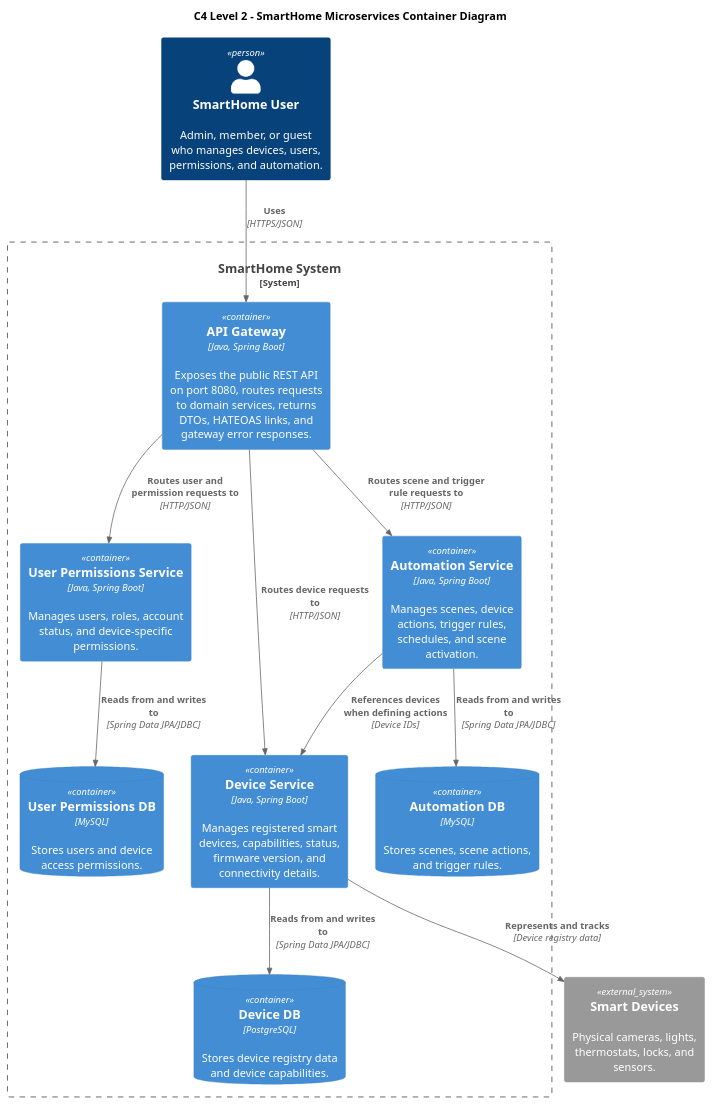
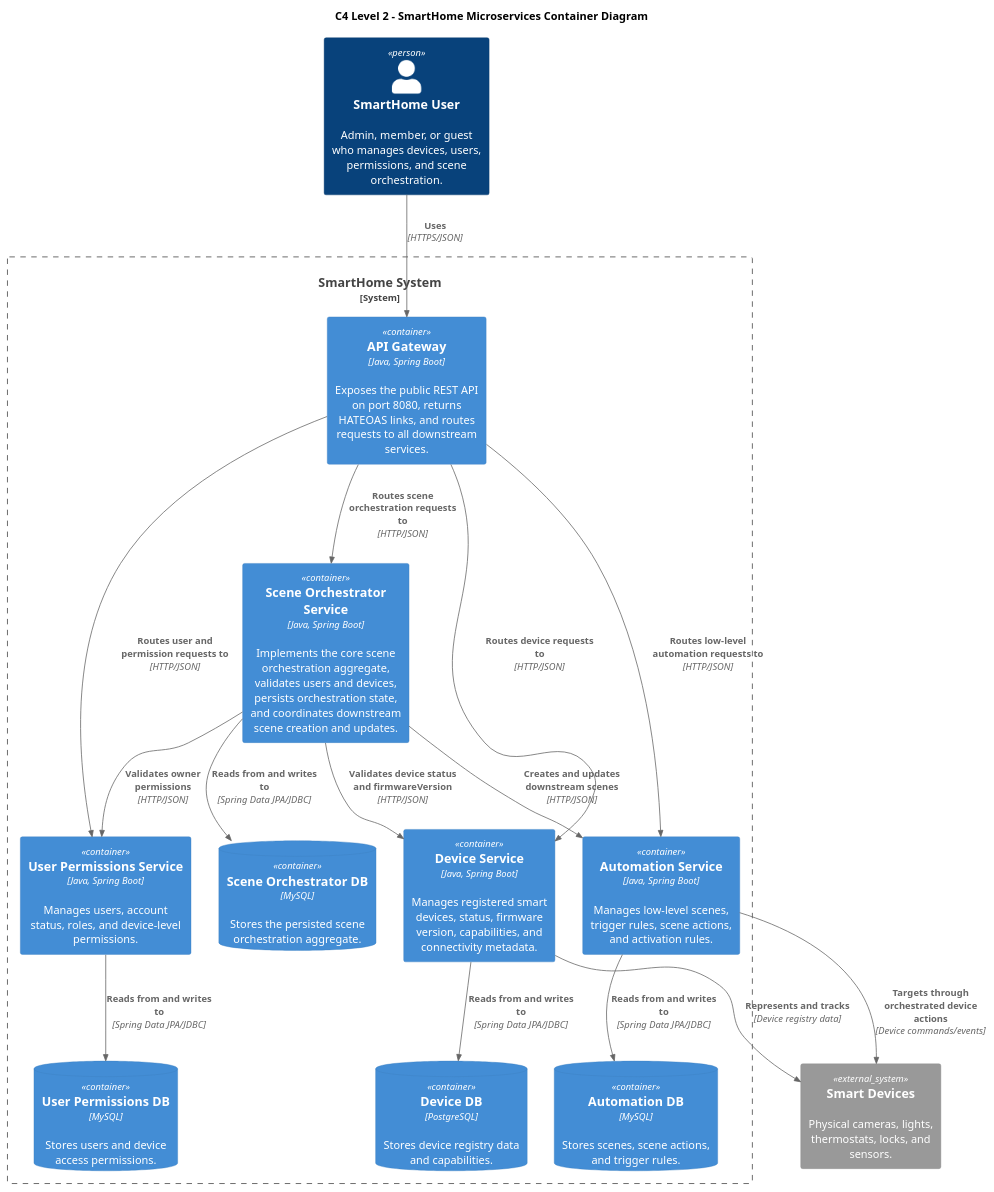
The diagram in diagrams/C4_Level2_container.puml (Saurya88/SmartHome-MS), drawn with PlantUML before and after one commit. The commit also changed 69 other files, not shown here.

Commit message:
Add scene-orchestrator API, DTOs, tests and jacoco

```diff
--- a/diagrams/C4_Level2_container.puml
+++ b/diagrams/C4_Level2_container.puml
@@ -1,37 +1,45 @@
 @startuml
 !include https://raw.githubusercontent.com/plantuml-stdlib/C4-PlantUML/master/C4_Container.puml
 
 LAYOUT_TOP_DOWN()
 
 title C4 Level 2 - SmartHome Microservices Container Diagram
 
-Person(homeowner, "SmartHome User", "Admin, member, or guest who manages devices, users, permissions, and automation.")
+Person(homeowner, "SmartHome User", "Admin, member, or guest who manages devices, users, permissions, and scene orchestration.")
 
 System_Boundary(smarthome, "SmartHome System") {
-    Container(api_gateway, "API Gateway", "Java, Spring Boot", "Exposes the public REST API on port 8080, routes requests to domain services, returns DTOs, HATEOAS links, and gateway error responses.")
+    Container(api_gateway, "API Gateway", "Java, Spring Boot", "Exposes the public REST API on port 8080, returns HATEOAS links, and routes requests to all downstream services.")
 
-    Container(user_permissions_service, "User Permissions Service", "Java, Spring Boot", "Manages users, roles, account status, and device-specific permissions.")
-    Container(device_service, "Device Service", "Java, Spring Boot", "Manages registered smart devices, capabilities, status, firmware version, and connectivity details.")
-    Container(automation_service, "Automation Service", "Java, Spring Boot", "Manages scenes, device actions, trigger rules, schedules, and scene activation.")
+    Container(scene_orchestrator_service, "Scene Orchestrator Service", "Java, Spring Boot", "Implements the core scene orchestration aggregate, validates users and devices, persists orchestration state, and coordinates downstream scene creation and updates.")
+    Container(automation_service, "Automation Service", "Java, Spring Boot", "Manages low-level scenes, trigger rules, scene actions, and activation rules.")
+    Container(device_service, "Device Service", "Java, Spring Boot", "Manages registered smart devices, status, firmware version, capabilities, and connectivity metadata.")
+    Container(user_permissions_service, "User Permissions Service", "Java, Spring Boot", "Manages users, account status, roles, and device-level permissions.")
 
+    ContainerDb(scene_orchestrator_db, "Scene Orchestrator DB", "MySQL", "Stores the persisted scene orchestration aggregate.")
+    ContainerDb(automation_db, "Automation DB", "MySQL", "Stores scenes, scene actions, and trigger rules.")
+    ContainerDb(device_db, "Device DB", "PostgreSQL", "Stores device registry data and capabilities.")
     ContainerDb(user_permissions_db, "User Permissions DB", "MySQL", "Stores users and device access permissions.")
-    ContainerDb(device_db, "Device DB", "PostgreSQL", "Stores device registry data and device capabilities.")
-    ContainerDb(automation_db, "Automation DB", "MySQL", "Stores scenes, scene actions, and trigger rules.")
 }
 
 System_Ext(smart_devices, "Smart Devices", "Physical cameras, lights, thermostats, locks, and sensors.")
 
 Rel(homeowner, api_gateway, "Uses", "HTTPS/JSON")
 
+Rel(api_gateway, scene_orchestrator_service, "Routes scene orchestration requests to", "HTTP/JSON")
+Rel(api_gateway, automation_service, "Routes low-level automation requests to", "HTTP/JSON")
+Rel(api_gateway, device_service, "Routes device requests to", "HTTP/JSON")
 Rel(api_gateway, user_permissions_service, "Routes user and permission requests to", "HTTP/JSON")
-Rel(api_gateway, device_service, "Routes device requests to", "HTTP/JSON")
-Rel(api_gateway, automation_service, "Routes scene and trigger rule requests to", "HTTP/JSON")
 
+Rel(scene_orchestrator_service, scene_orchestrator_db, "Reads from and writes to", "Spring Data JPA/JDBC")
+Rel(scene_orchestrator_service, automation_service, "Creates and updates downstream scenes", "HTTP/JSON")
+Rel(scene_orchestrator_service, device_service, "Validates device status and firmwareVersion", "HTTP/JSON")
+Rel(scene_orchestrator_service, user_permissions_service, "Validates owner permissions", "HTTP/JSON")
+
+Rel(automation_service, automation_db, "Reads from and writes to", "Spring Data JPA/JDBC")
+Rel(device_service, device_db, "Reads from and writes to", "Spring Data JPA/JDBC")
 Rel(user_permissions_service, user_permissions_db, "Reads from and writes to", "Spring Data JPA/JDBC")
-Rel(device_service, device_db, "Reads from and writes to", "Spring Data JPA/JDBC")
-Rel(automation_service, automation_db, "Reads from and writes to", "Spring Data JPA/JDBC")
 
 Rel(device_service, smart_devices, "Represents and tracks", "Device registry data")
-Rel(automation_service, device_service, "References devices when defining actions", "Device IDs")
+Rel(automation_service, smart_devices, "Targets through orchestrated device actions", "Device commands/events")
 
 @enduml
```
